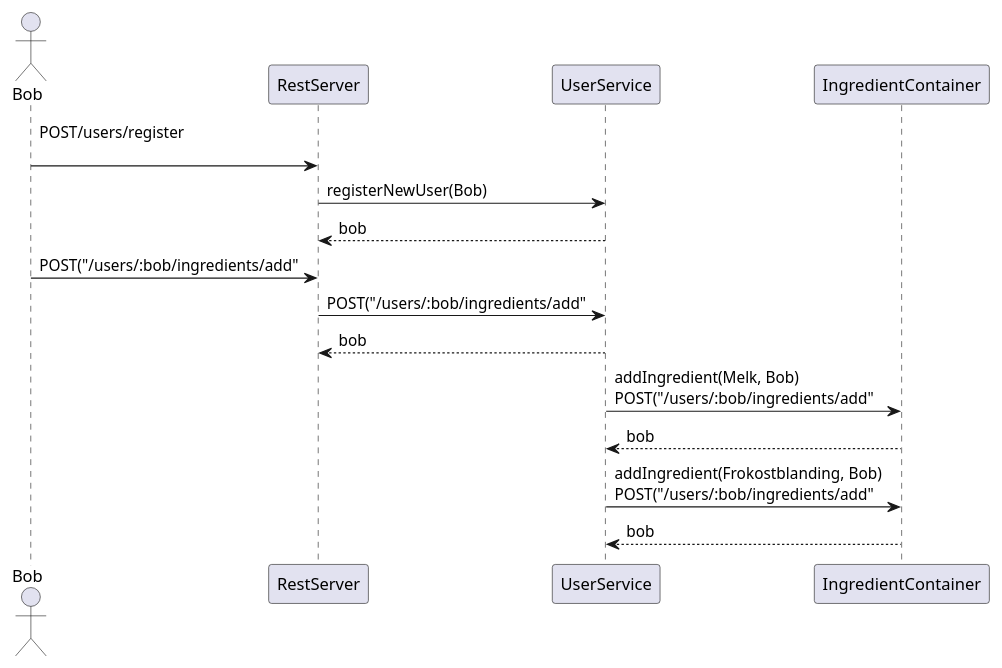
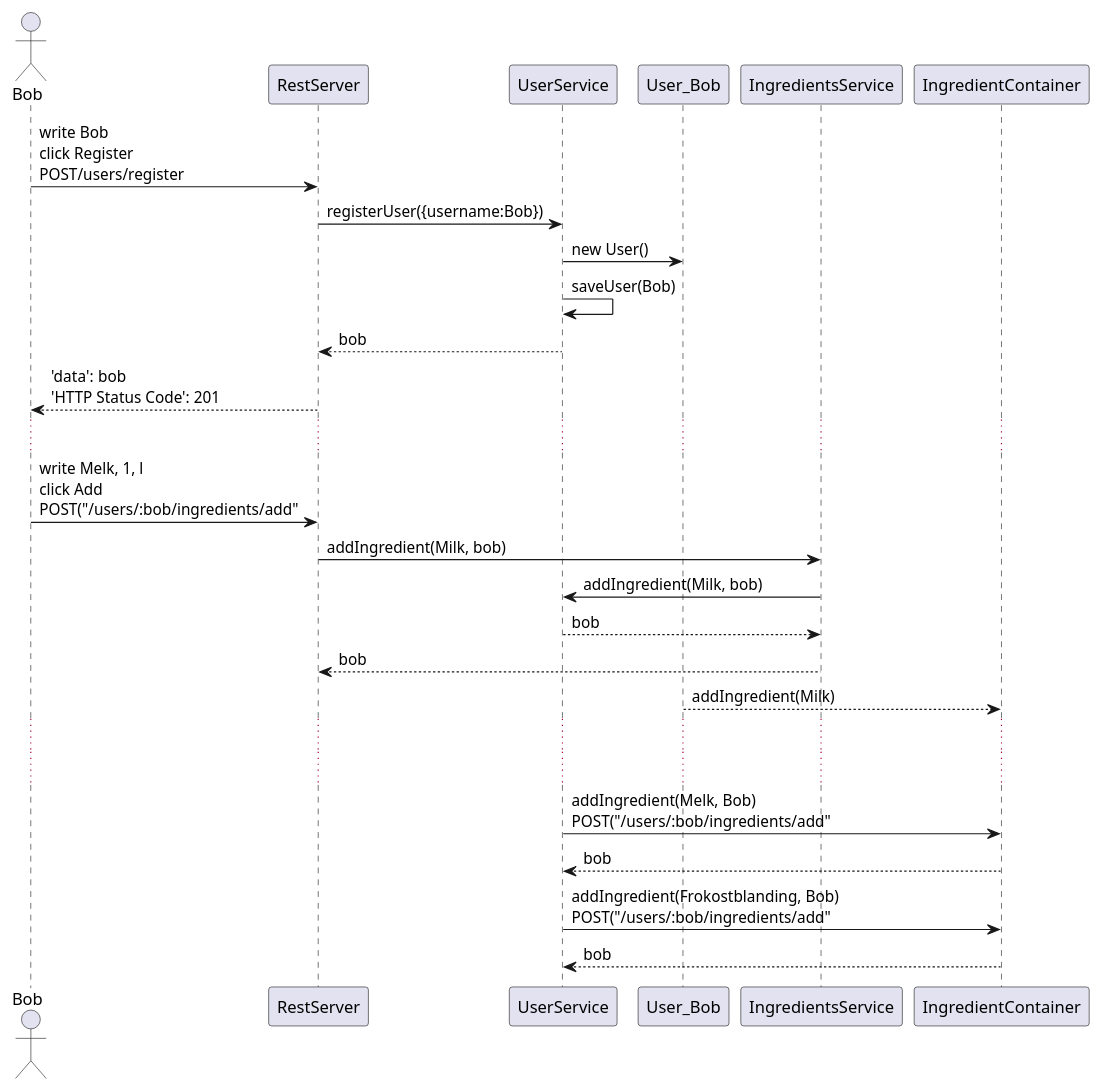
The diagram in documentation/diagrams/sequence_diagram.puml (joonerik/dinnerium), drawn with PlantUML before and after one commit. The commit also changed 1 other file, not shown here.

Commit message:
progress on sequence and package diagrams

```diff
--- a/documentation/diagrams/sequence_diagram.puml
+++ b/documentation/diagrams/sequence_diagram.puml
@@ -1,15 +1,23 @@
 @startuml sequence_diagram
 actor Bob
-Bob -> RestServer: POST/users/register\n
-RestServer -> UserService: registerNewUser(Bob)
+Bob -> RestServer: write Bob\nclick Register\nPOST/users/register
+RestServer -> UserService: registerUser({username:Bob})
+UserService -> User_Bob: new User()
+UserService -> UserService: saveUser(Bob)
 UserService --> RestServer: bob
+& RestServer --> Bob: 'data': bob\n'HTTP Status Code': 201
+...
+Bob -> RestServer: write Melk, 1, l\nclick Add\nPOST("/users/:bob/ingredients/add"
+RestServer -> IngredientsService: addIngredient(Milk, bob)
+IngredientsService -> UserService: addIngredient(Milk, bob)
+UserService --> IngredientsService: bob
+& IngredientsService --> RestServer: bob
+User_Bob --> IngredientContainer: addIngredient(Milk)
 
-Bob -> RestServer: POST("/users/:bob/ingredients/add"
-RestServer -> UserService: POST("/users/:bob/ingredients/add"
-UserService --> RestServer: bob
-
+...
+...
 UserService -> IngredientContainer: addIngredient(Melk, Bob)\nPOST("/users/:bob/ingredients/add"
 IngredientContainer --> UserService: bob
 UserService -> IngredientContainer: addIngredient(Frokostblanding, Bob)\nPOST("/users/:bob/ingredients/add"
 IngredientContainer --> UserService: bob
 @enduml
```
